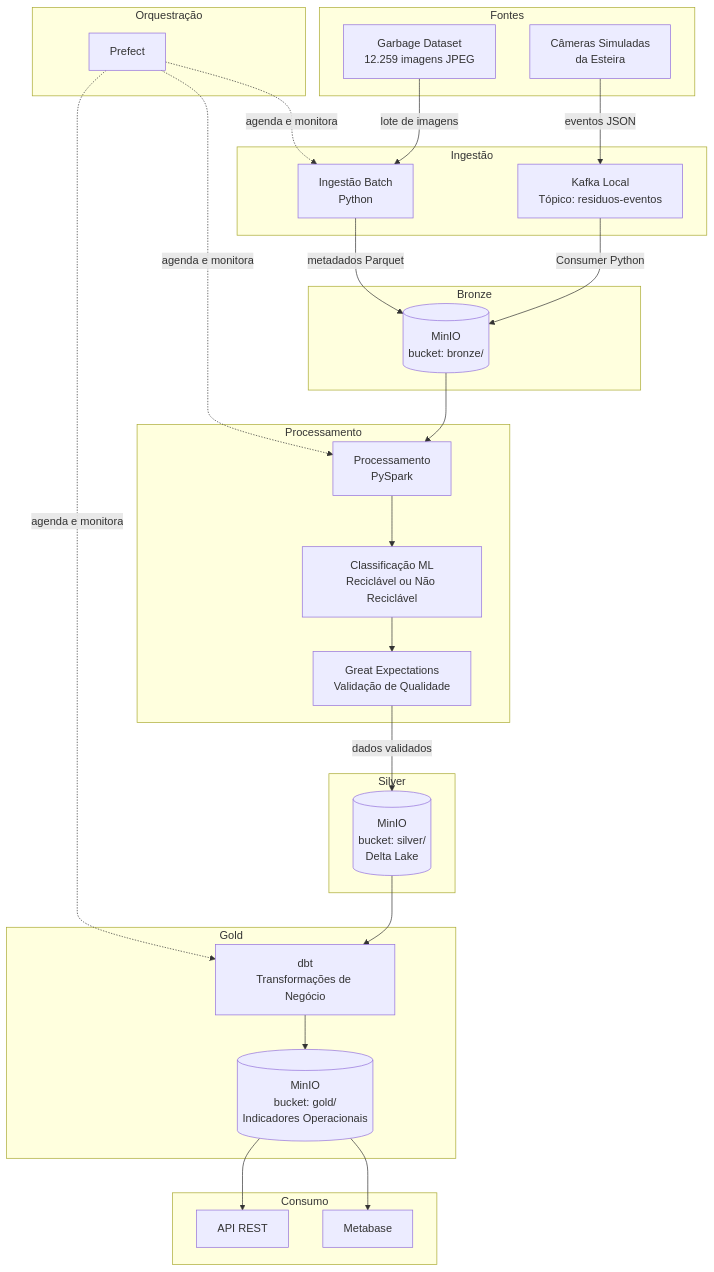
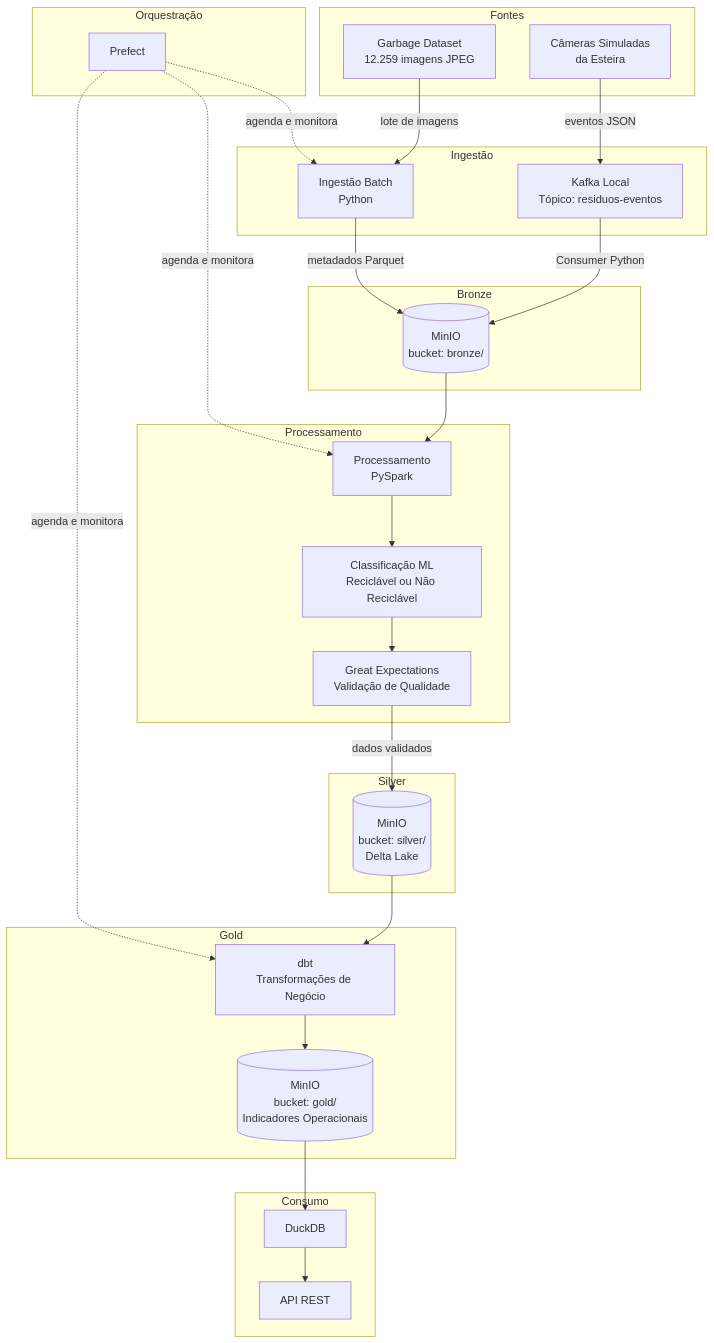
Before and after one commit to leonardoamaral90/uniceub_ecosort_eng216: the first of 2 diagrams in docs/04-arquitetura.md, drawn with Mermaid. The commit also changed other lines of this file, not shown here.

````diff
--- a/docs/04-arquitetura.md
+++ b/docs/04-arquitetura.md
@@ -30,56 +33,57 @@
 ```mermaid
 flowchart TD
     subgraph Fontes
         F1[Garbage Dataset\n12.259 imagens JPEG]
         F2[Câmeras Simuladas\nda Esteira]
     end
 
     subgraph Ingestão
         I1[Ingestão Batch\nPython]
         I2[Kafka Local\nTópico: residuos-eventos]
     end
 
     subgraph Bronze
         B[(MinIO\nbucket: bronze/)]
     end
 
     subgraph Processamento
         P1[Processamento\nPySpark]
         P2[Classificação ML\nReciclável ou Não Reciclável]
         P3[Great Expectations\nValidação de Qualidade]
     end
 
     subgraph Silver
         S[(MinIO\nbucket: silver/\nDelta Lake)]
     end
 
     subgraph Gold
         G1[dbt\nTransformações de Negócio]
         G[(MinIO\nbucket: gold/\nIndicadores Operacionais)]
     end
 
     subgraph Consumo
-        C1[Metabase]
+        C1[DuckDB]
+        C2[Metabase]
         C2[API REST]
     end
 
     subgraph Orquestração
         O[Prefect]
     end
 
     F1 -->|lote de imagens| I1
     F2 -->|eventos JSON| I2
     I1 -->|metadados Parquet| B
     I2 -->|Consumer Python| B
     B --> P1
     P1 --> P2
     P2 --> P3
     P3 -->|dados validados| S
     S --> G1
     G1 --> G
     G --> C1
-    G --> C2
+    C1 --> C2
     O -.->|agenda e monitora| I1
     O -.->|agenda e monitora| P1
     O -.->|agenda e monitora| G1
 ```
````
